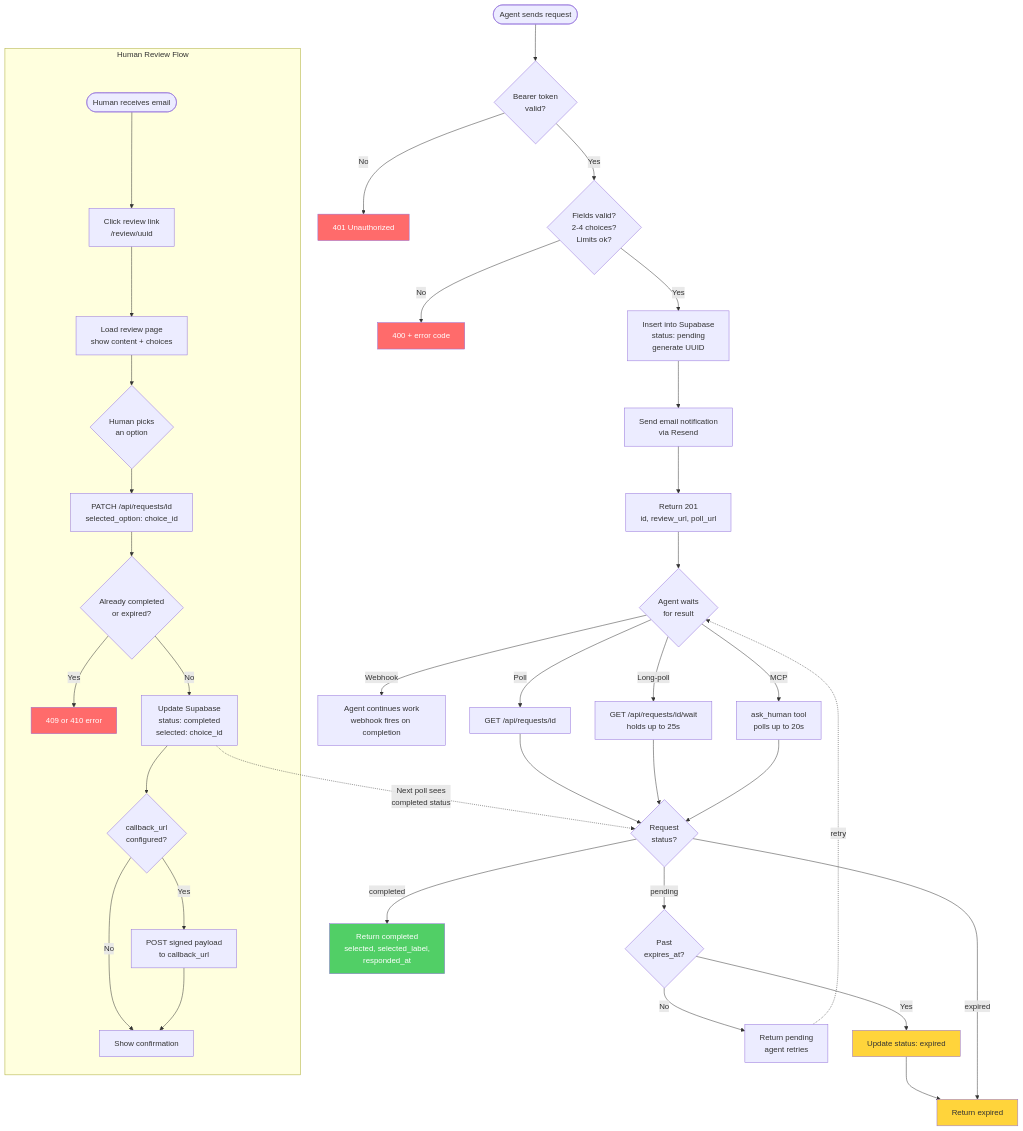
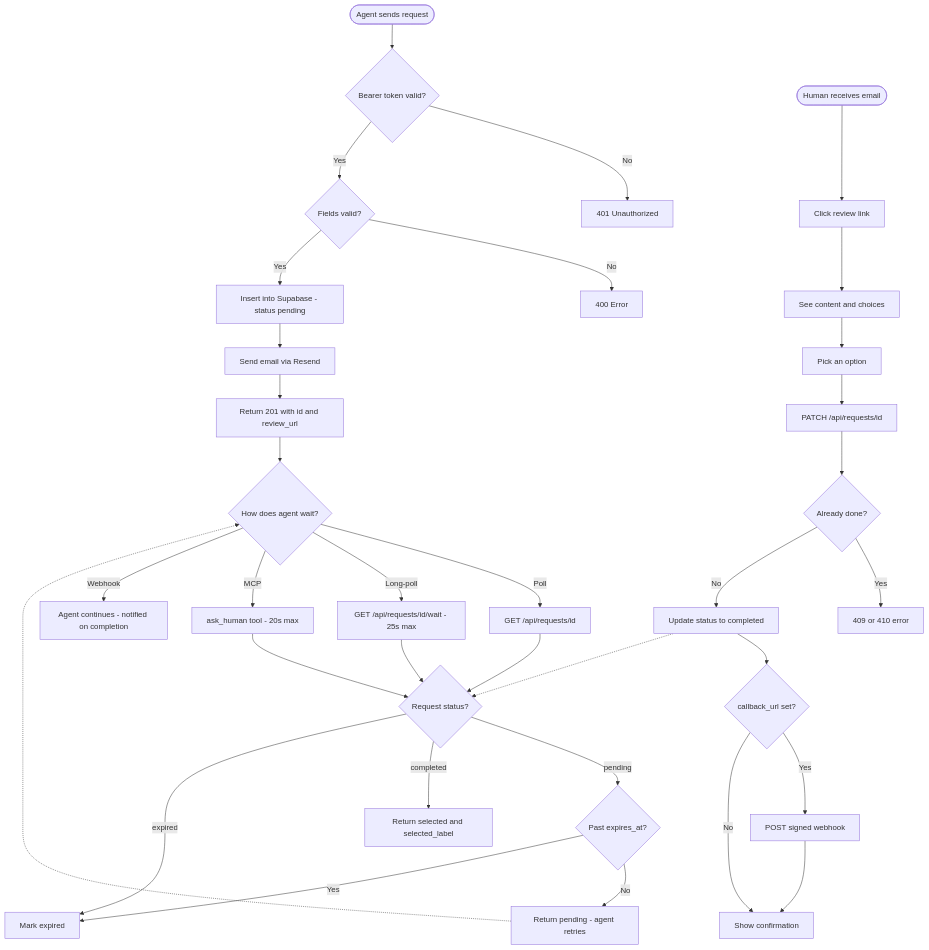
The third of 3 diagrams in docs/diagrams.md (zmarten/meatspace), drawn with Mermaid before and after one commit. The commit also changed other lines of this file, not shown here.

First line of the commit message:
simplify diagrams for GitHub Mermaid renderer

````diff
--- a/docs/diagrams.md
+++ b/docs/diagrams.md
@@ -126,55 +95,45 @@
 ```mermaid
 flowchart TD
-    START([Agent sends request]) --> AUTH{Bearer token<br/>valid?}
+    START([Agent sends request]) --> AUTH{Bearer token valid?}
     AUTH -->|No| REJECT[401 Unauthorized]
-    AUTH -->|Yes| VALIDATE{Fields valid?<br/>2-4 choices?<br/>Limits ok?}
-    VALIDATE -->|No| ERROR[400 + error code]
-    VALIDATE -->|Yes| INSERT[Insert into Supabase<br/>status: pending<br/>generate UUID]
+    AUTH -->|Yes| VALIDATE{Fields valid?}
+    VALIDATE -->|No| ERROR[400 Error]
+    VALIDATE -->|Yes| INSERT[Insert into Supabase - status pending]
 
-    INSERT --> NOTIFY[Send email notification<br/>via Resend]
-    NOTIFY --> RESPOND[Return 201<br/>id, review_url, poll_url]
+    INSERT --> NOTIFY[Send email via Resend]
+    NOTIFY --> RESPOND[Return 201 with id and review_url]
 
-    RESPOND --> WAITING{Agent waits<br/>for result}
+    RESPOND --> WAITING{How does agent wait?}
 
     WAITING -->|Poll| POLL[GET /api/requests/id]
-    WAITING -->|Long-poll| LONGPOLL[GET /api/requests/id/wait<br/>holds up to 25s]
-    WAITING -->|MCP| MCPPOLL[ask_human tool<br/>polls up to 20s]
-    WAITING -->|Webhook| PASSIVE[Agent continues work<br/>webhook fires on completion]
+    WAITING -->|Long-poll| LONGPOLL[GET /api/requests/id/wait - 25s max]
+    WAITING -->|MCP| MCPPOLL[ask_human tool - 20s max]
+    WAITING -->|Webhook| PASSIVE[Agent continues - notified on completion]
 
-    POLL --> CHECK_STATUS{Request<br/>status?}
-    LONGPOLL --> CHECK_STATUS
-    MCPPOLL --> CHECK_STATUS
+    POLL --> CHECK{Request status?}
+    LONGPOLL --> CHECK
+    MCPPOLL --> CHECK
 
-    CHECK_STATUS -->|pending| EXPIRED_CHECK{Past<br/>expires_at?}
-    EXPIRED_CHECK -->|No| STILL_PENDING[Return pending<br/>agent retries]
-    EXPIRED_CHECK -->|Yes| MARK_EXPIRED[Update status: expired]
-    MARK_EXPIRED --> RETURN_EXPIRED[Return expired]
+    CHECK -->|pending| EXPIRY{Past expires_at?}
+    EXPIRY -->|No| RETRY[Return pending - agent retries]
+    EXPIRY -->|Yes| EXPIRED[Mark expired]
 
-    CHECK_STATUS -->|completed| RETURN_COMPLETE[Return completed<br/>selected, selected_label,<br/>responded_at]
-    CHECK_STATUS -->|expired| RETURN_EXPIRED
+    CHECK -->|completed| DONE[Return selected and selected_label]
+    CHECK -->|expired| EXPIRED
 
-    STILL_PENDING -.->|retry| WAITING
+    RETRY -.-> WAITING
 
-    subgraph human_review["Human Review Flow"]
-        EMAIL_RECV([Human receives email]) --> CLICK[Click review link<br/>/review/uuid]
-        CLICK --> LOAD[Load review page<br/>show content + choices]
-        LOAD --> CHOOSE{Human picks<br/>an option}
-        CHOOSE --> SUBMIT[PATCH /api/requests/id<br/>selected_option: choice_id]
-        SUBMIT --> ALREADY_DONE{Already completed<br/>or expired?}
-        ALREADY_DONE -->|Yes| CONFLICT[409 or 410 error]
-        ALREADY_DONE -->|No| UPDATE[Update Supabase<br/>status: completed<br/>selected: choice_id]
-        UPDATE --> WEBHOOK{callback_url<br/>configured?}
-        WEBHOOK -->|Yes| FIRE_WEBHOOK[POST signed payload<br/>to callback_url]
-        WEBHOOK -->|No| DONE_HUMAN[Show confirmation]
-        FIRE_WEBHOOK --> DONE_HUMAN
-    end
+    HUMAN([Human receives email]) --> CLICK[Click review link]
+    CLICK --> LOAD[See content and choices]
+    LOAD --> CHOOSE[Pick an option]
+    CHOOSE --> SUBMIT[PATCH /api/requests/id]
+    SUBMIT --> ALREADY{Already done?}
+    ALREADY -->|Yes| CONFLICT[409 or 410 error]
+    ALREADY -->|No| UPDATE[Update status to completed]
+    UPDATE --> HOOK{callback_url set?}
+    HOOK -->|Yes| FIRE[POST signed webhook]
+    HOOK -->|No| CONFIRM[Show confirmation]
+    FIRE --> CONFIRM
 
-    UPDATE -.->|Next poll sees<br/>completed status| CHECK_STATUS
-
-    style REJECT fill:#ff6b6b,color:#fff
-    style ERROR fill:#ff6b6b,color:#fff
-    style CONFLICT fill:#ff6b6b,color:#fff
-    style RETURN_COMPLETE fill:#51cf66,color:#fff
-    style RETURN_EXPIRED fill:#ffd43b,color:#333
-    style MARK_EXPIRED fill:#ffd43b,color:#333
+    UPDATE -.-> CHECK
 ```
````
